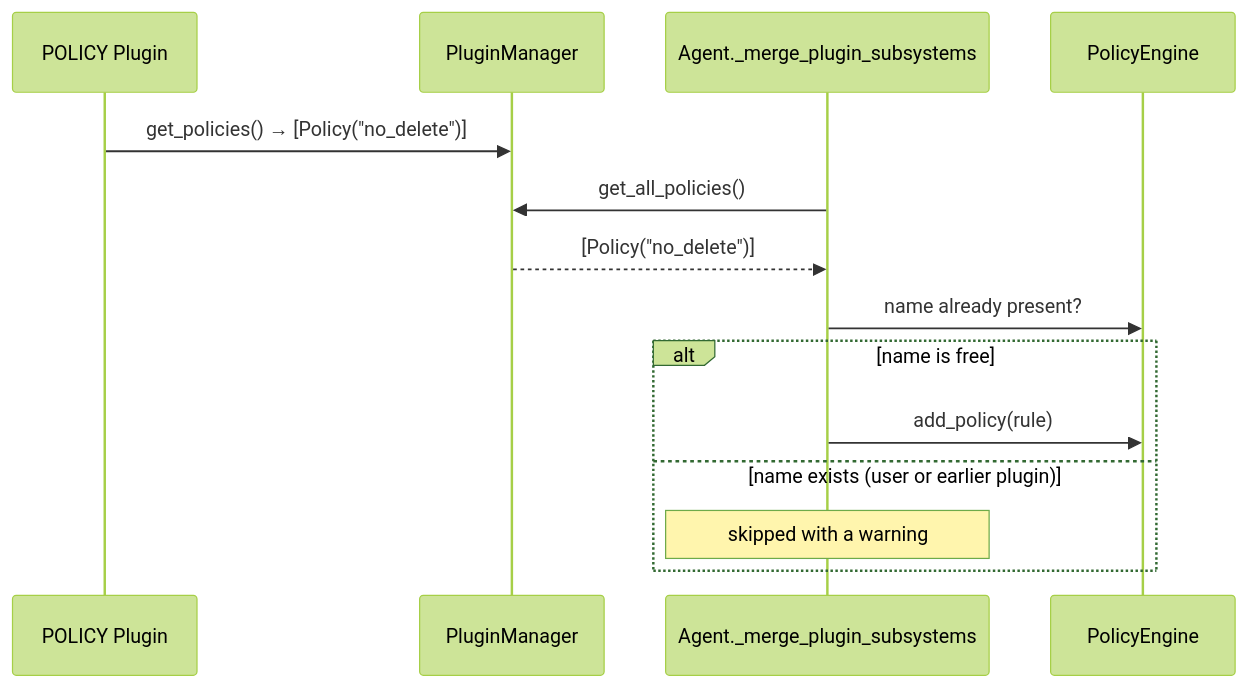
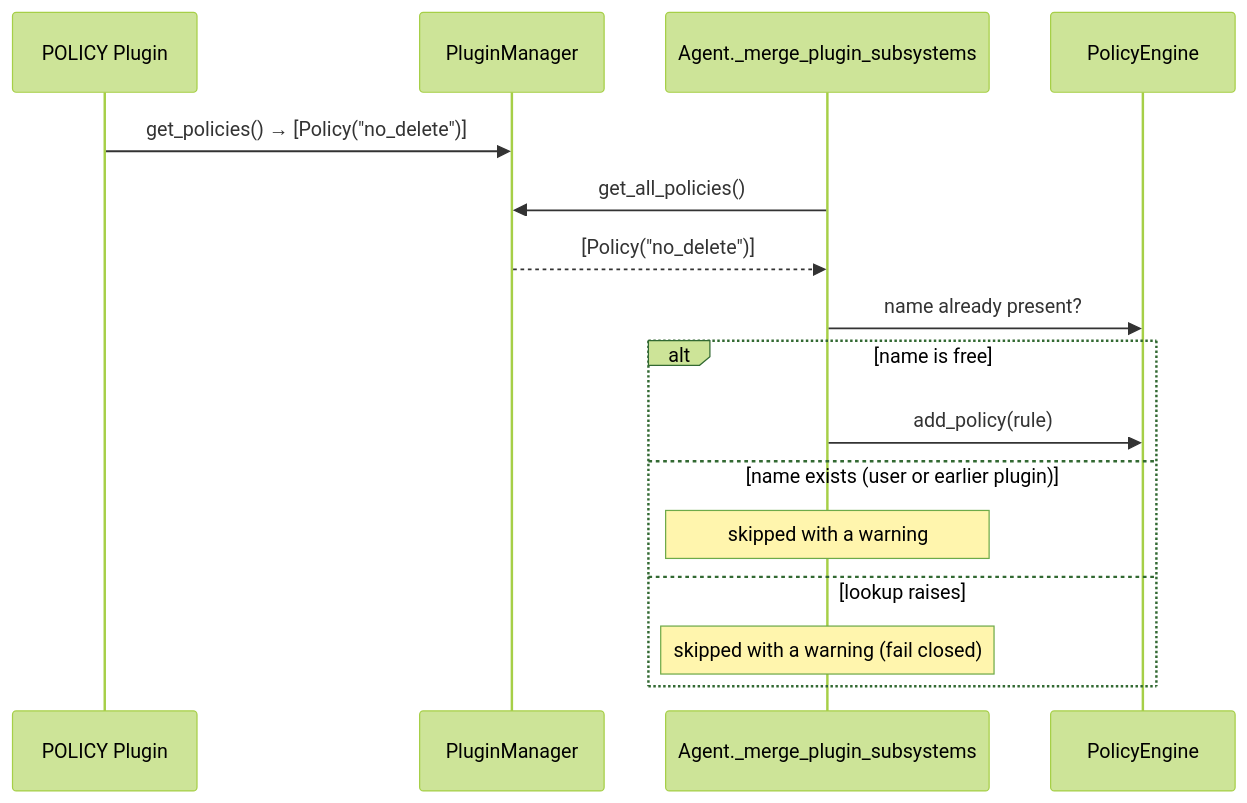
One commit to MervinPraison/PraisonAIDocs changed the fifth of 5 diagrams in docs/features/policy-engine.mdx. Above: the diagram before and after it, drawn with Mermaid (forest theme). The commit also changed other lines of this file and 1 other file, not shown here.

Commit message:
fix: document fail-closed plugin-policy lookup (fixes #5030) (#5031)

````diff
--- a/docs/features/policy-engine.mdx
+++ b/docs/features/policy-engine.mdx
@@ -377,17 +377,19 @@
 ```mermaid
 sequenceDiagram
     participant Plugin as POLICY Plugin
     participant Mgr as PluginManager
     participant Merge as Agent._merge_plugin_subsystems
     participant Engine as PolicyEngine
 
     Plugin->>Mgr: get_policies() → [Policy("no_delete")]
     Merge->>Mgr: get_all_policies()
     Mgr-->>Merge: [Policy("no_delete")]
     Merge->>Engine: name already present?
     alt name is free
         Merge->>Engine: add_policy(rule)
     else name exists (user or earlier plugin)
         Note over Merge: skipped with a warning
+    else lookup raises
+        Note over Merge: skipped with a warning (fail closed)
     end
 ```
````
